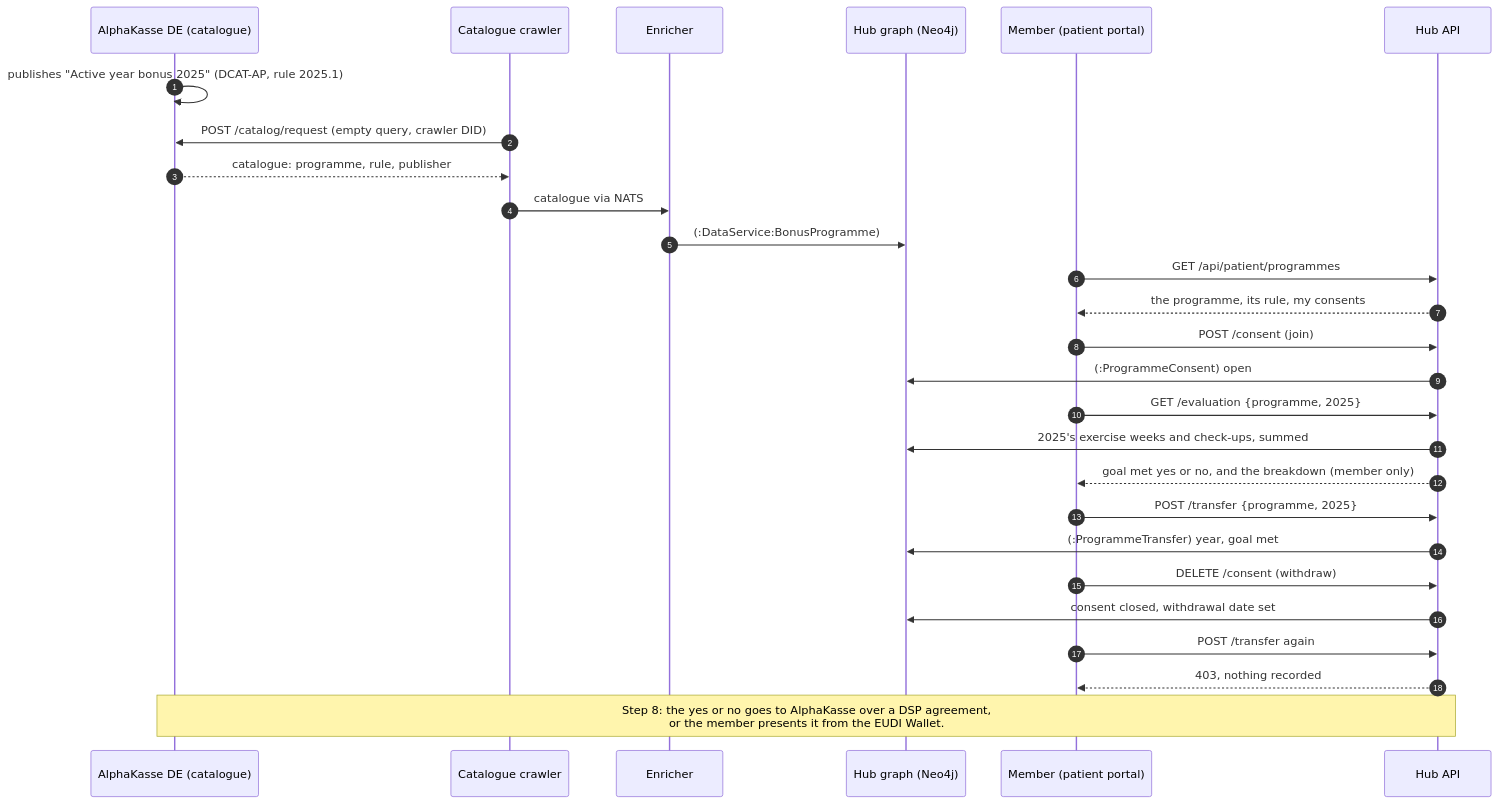
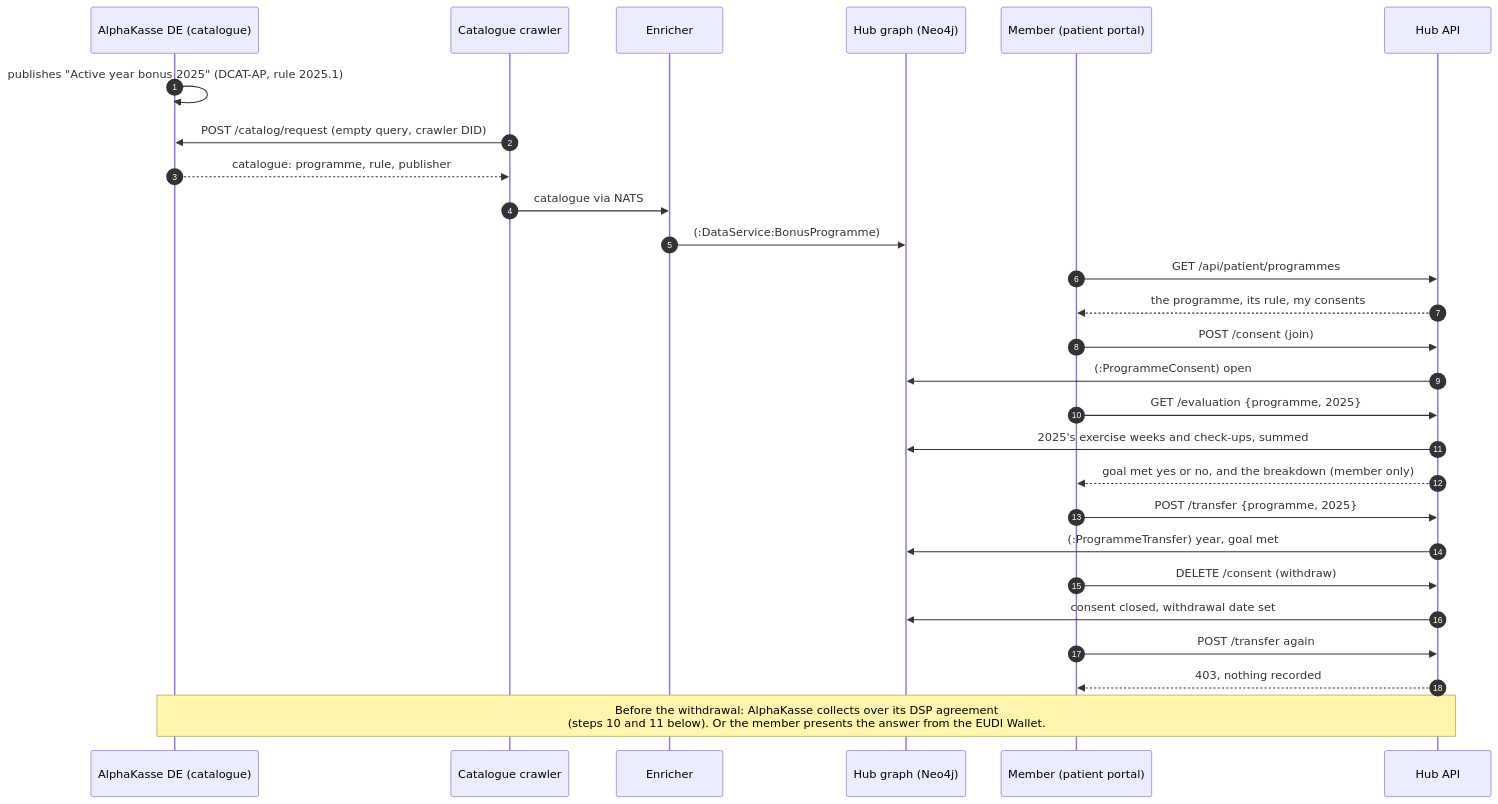
One commit to ma3u/MinimumViableHealthDataspacev2 changed the diagram in docs/ehds/bonus-programme-data-flow.md. Above: the diagram before and after it, drawn with Mermaid. The commit also changed other lines of this file and 33 other files, not shown here.

````diff
--- a/docs/ehds/bonus-programme-data-flow.md
+++ b/docs/ehds/bonus-programme-data-flow.md
@@ -34,30 +36,30 @@
 ```mermaid
 sequenceDiagram
     autonumber
     participant AK as AlphaKasse DE (catalogue)
     participant CR as Catalogue crawler
     participant EN as Enricher
     participant G as Hub graph (Neo4j)
     participant M as Member (patient portal)
     participant H as Hub API
 
     AK->>AK: publishes "Active year bonus 2025" (DCAT-AP, rule 2025.1)
     CR->>AK: POST /catalog/request (empty query, crawler DID)
     AK-->>CR: catalogue: programme, rule, publisher
     CR->>EN: catalogue via NATS
     EN->>G: (:DataService:BonusProgramme)
     M->>H: GET /api/patient/programmes
     H-->>M: the programme, its rule, my consents
     M->>H: POST /consent (join)
     H->>G: (:ProgrammeConsent) open
     M->>H: GET /evaluation {programme, 2025}
     H->>G: 2025's exercise weeks and check-ups, summed
     H-->>M: goal met yes or no, and the breakdown (member only)
     M->>H: POST /transfer {programme, 2025}
     H->>G: (:ProgrammeTransfer) year, goal met
     M->>H: DELETE /consent (withdraw)
     H->>G: consent closed, withdrawal date set
     M->>H: POST /transfer again
     H-->>M: 403, nothing recorded
-    Note over H,AK: Step 8: the yes or no goes to AlphaKasse over a DSP agreement,<br/>or the member presents it from the EUDI Wallet.
+    Note over H,AK: Before the withdrawal: AlphaKasse collects over its DSP agreement<br/>(steps 10 and 11 below). Or the member presents the answer from the EUDI Wallet.
 ```
````
